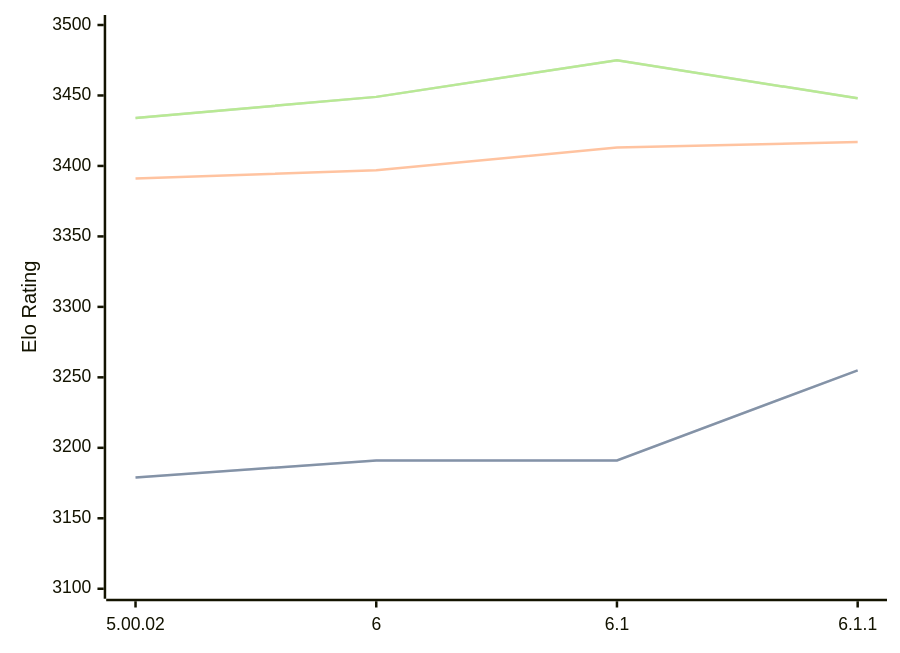
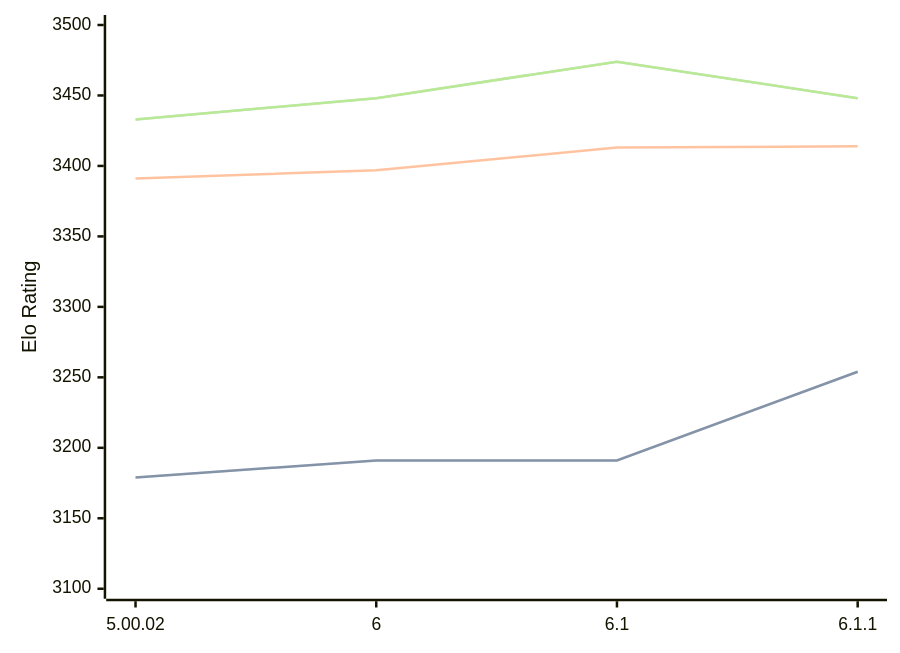
The diagram in engines/Zangdar.md (computer-chess-index/cci), drawn with Mermaid before and after one commit. The commit also changed other lines of this file, not shown here.

Commit message:
Update CCI Ratings (ELO VLTC) - 2026-03-03

````diff
--- a/engines/Zangdar.md
+++ b/engines/Zangdar.md
@@ -44,11 +44,11 @@
 ```mermaid
 %%{init: {"theme":"base","themeVariables":{"seriesColors:['#a3a3a3','#222221','#faa371']}}}%%
 xychart-beta
   x-axis ["5.00.02", "6", "6.1", "6.1.1"]
   y-axis "Elo Rating" 3100 --> 3500
-  line "STC (8.0+0.08s)" [3179, 3191, 3191, 3255]
-  line "STC (8.0+0.08s)" [3179, 3191, 3191, 3255]
-  line "LTC (60.0+0.60s)" [3391, 3397, 3413, 3417]
-  line "VLTC (2m24s+1.12s)" [3434, 3449, 3475, 3448]
-  line "VLTC (2m24s+1.12s)" [3434, 3449, 3475, 3448]
+  line "STC (8.0+0.08s)" [3179, 3191, 3191, 3254]
+  line "STC (8.0+0.08s)" [3179, 3191, 3191, 3254]
+  line "LTC (60.0+0.60s)" [3391, 3397, 3413, 3414]
+  line "VLTC (2m24s+1.12s)" [3433, 3448, 3474, 3448]
+  line "VLTC (2m24s+1.12s)" [3433, 3448, 3474, 3448]
 ```
````
